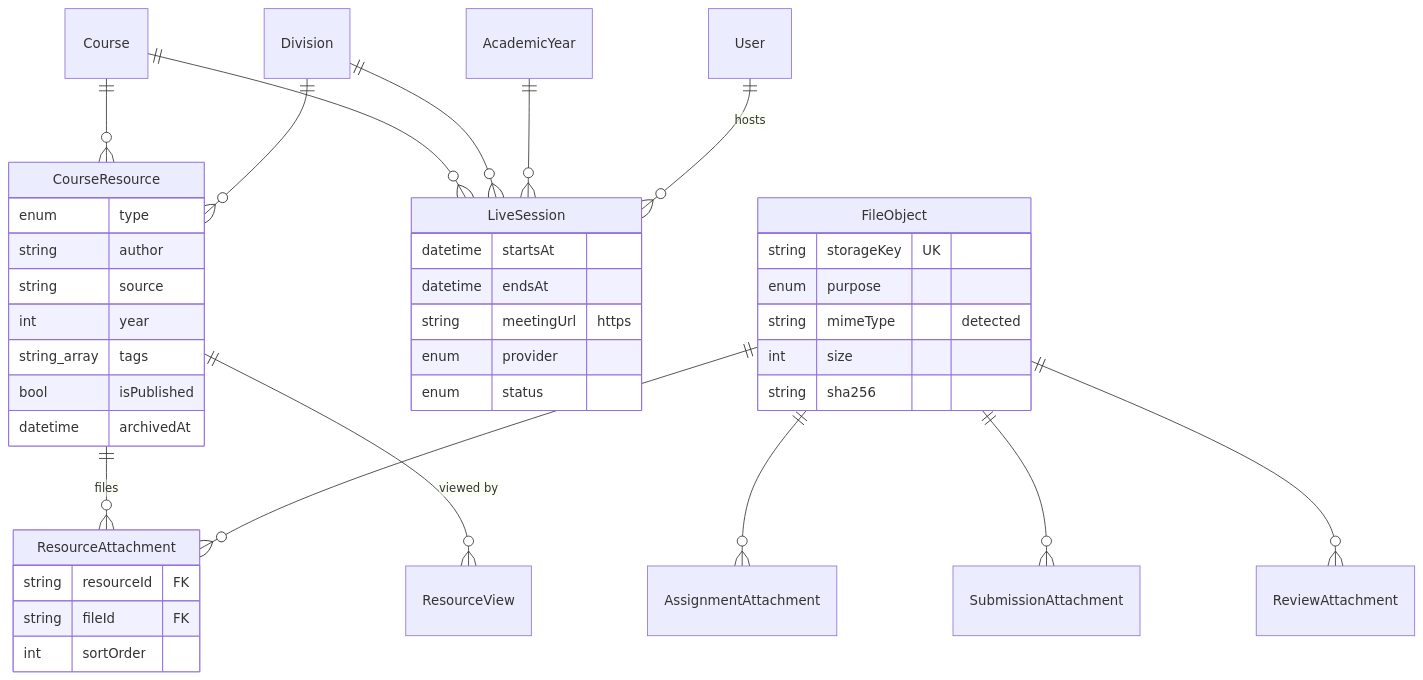
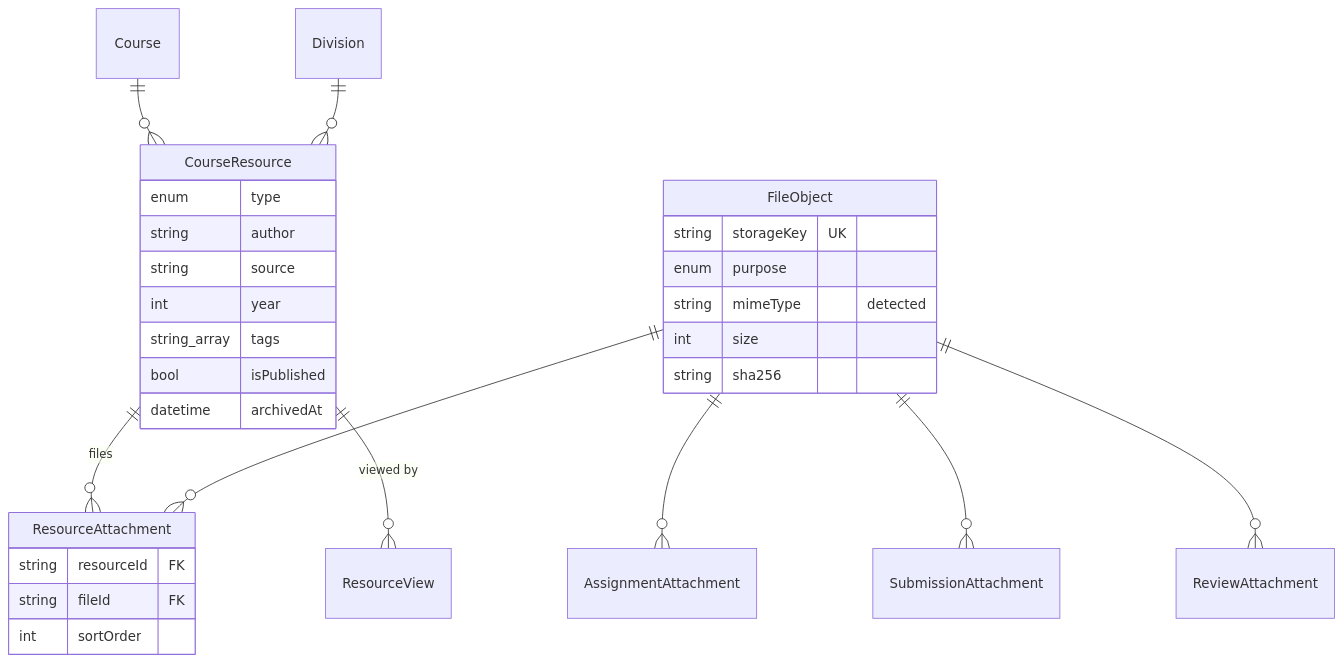
One commit to Theoneste1/ROFBACKENDTEST changed the second of 5 diagrams in docs/DATABASE.md. Above: the diagram before and after it, drawn with Mermaid. The commit also changed other lines of this file and 46 other files, not shown here.

````diff
--- a/docs/DATABASE.md
+++ b/docs/DATABASE.md
@@ -80,20 +80,15 @@
 ```mermaid
 erDiagram
   Course ||--o{ CourseResource : ""
   Division ||--o{ CourseResource : ""
   CourseResource ||--o{ ResourceAttachment : files
   CourseResource ||--o{ ResourceView : "viewed by"
-  Course ||--o{ LiveSession : ""
-  Division ||--o{ LiveSession : ""
-  AcademicYear ||--o{ LiveSession : ""
-  User ||--o{ LiveSession : hosts
   FileObject ||--o{ ResourceAttachment : ""
   FileObject ||--o{ AssignmentAttachment : ""
   FileObject ||--o{ SubmissionAttachment : ""
   FileObject ||--o{ ReviewAttachment : ""
 
   FileObject { string storageKey UK enum purpose string mimeType "detected" int size string sha256 }
   CourseResource { enum type string author string source int year string_array tags bool isPublished datetime archivedAt }
   ResourceAttachment { string resourceId FK string fileId FK int sortOrder }
-  LiveSession { datetime startsAt datetime endsAt string meetingUrl "https" enum provider enum status }
 ```
````
